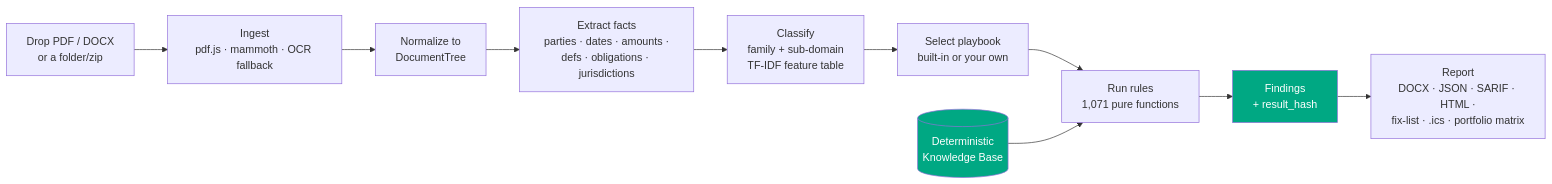
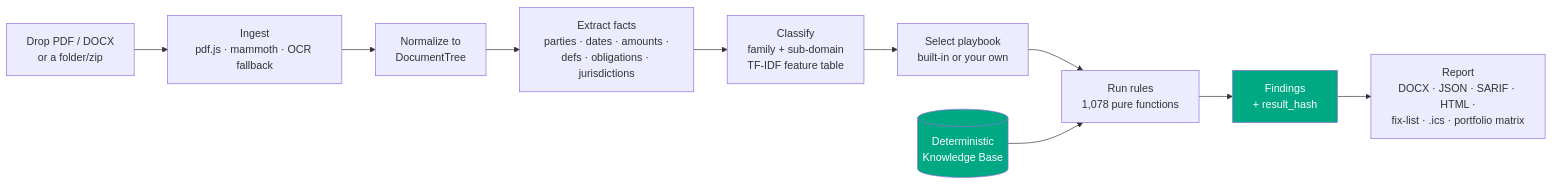
One commit to clay-good/vaulytica changed the first of 11 diagrams in README.md. Above: the diagram before and after it, drawn with Mermaid. The commit also changed other lines of this file and 100 other files, not shown here.

````diff
--- a/README.md
+++ b/README.md
@@ -27,14 +27,14 @@
 ```mermaid
 flowchart LR
   A[Drop PDF / DOCX<br/>or a folder/zip] --> B[Ingest<br/>pdf.js · mammoth · OCR fallback]
   B --> C[Normalize to<br/>DocumentTree]
   C --> D[Extract facts<br/>parties · dates · amounts ·<br/>defs · obligations · jurisdictions]
   D --> E[Classify<br/>family + sub-domain<br/>TF-IDF feature table]
   E --> F[Select playbook<br/>built-in or your own]
-  F --> G[Run rules<br/>1,071 pure functions]
+  F --> G[Run rules<br/>1,078 pure functions]
   G --> H[Findings<br/>+ result_hash]
   H --> I[Report<br/>DOCX · JSON · SARIF · HTML ·<br/>fix-list · .ics · portfolio matrix]
   K[(Deterministic<br/>Knowledge Base)] --> G
   style K fill:#00A883,color:#fff
   style H fill:#00A883,color:#fff
 ```
````
